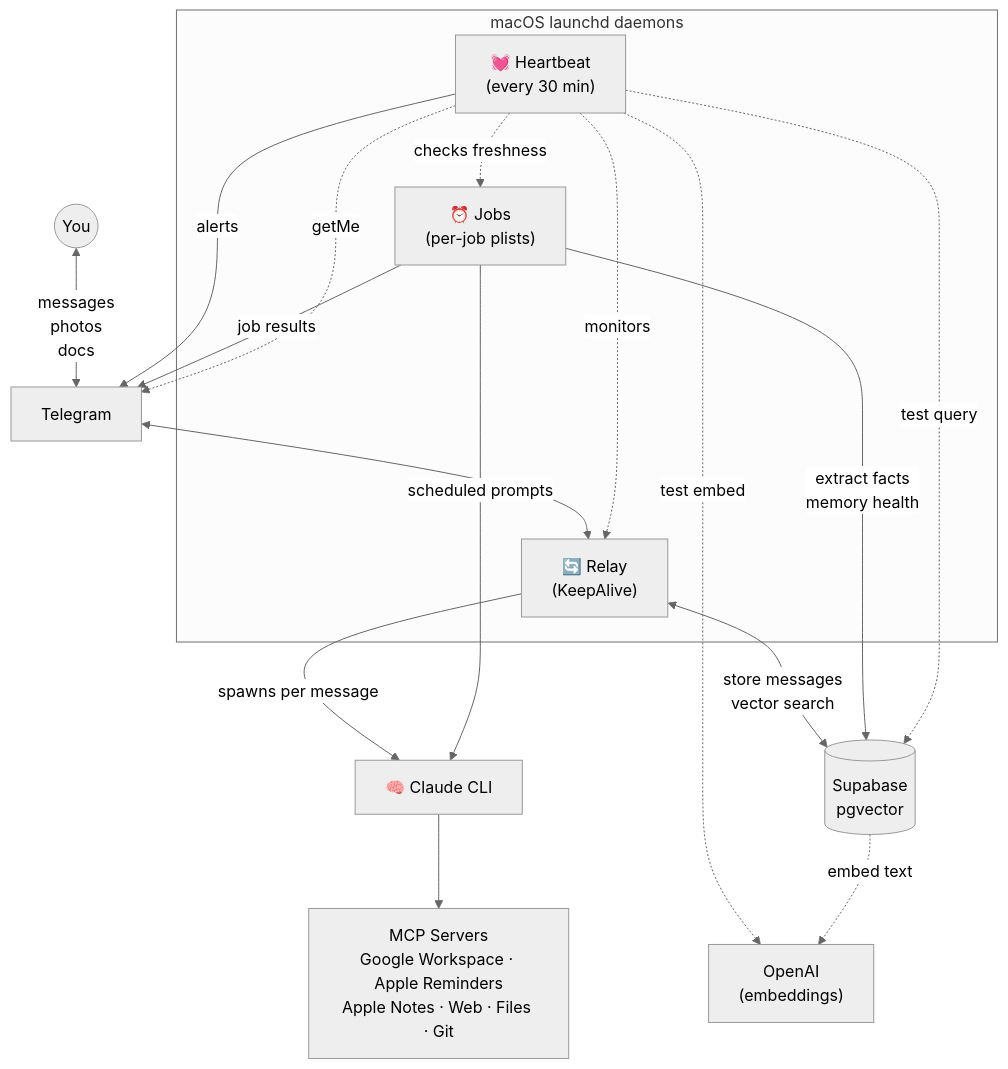
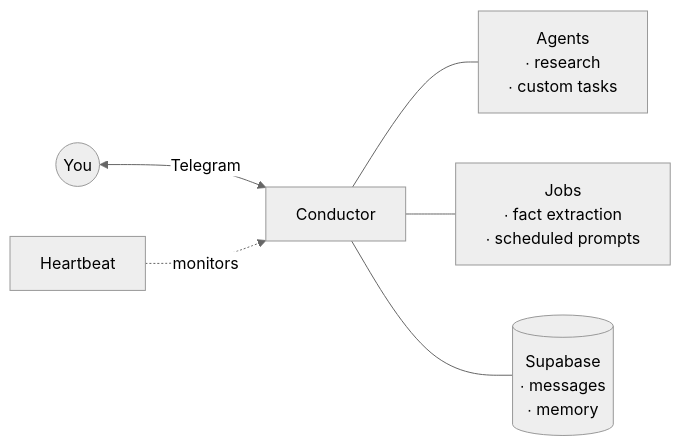
The diagram in README.md (daydemir/muavin), drawn with Mermaid (neutral theme) before and after one commit. The commit also changed other lines of this file, not shown here.

Commit message:
Simplify README architecture diagram and clean up copy
Replace detailed mermaid flowchart with a clean LR hierarchy using
anthropomorphized naming (Conductor, Heartbeat). Rewrite feature
bullets and description for clarity. Replace all em-dashes with hyphens.

````diff
--- a/README.md
+++ b/README.md
@@ -29,30 +29,10 @@
 ```mermaid
-flowchart TD
-    You((You)) <-->|messages\nphotos\ndocs| TG[Telegram]
+flowchart LR
+    You((You)) <-->|Telegram| Conductor["Conductor"]
 
-    subgraph Daemons["macOS launchd daemons"]
-        Relay["🔄 Relay\n(KeepAlive)"]
-        Jobs["⏰ Jobs\n(per-job plists)"]
-        Heartbeat["💓 Heartbeat\n(every 30 min)"]
-    end
+    Conductor --- Agents["Agents\n∙ research\n∙ custom tasks"]
+    Conductor --- Jobs["Jobs\n∙ fact extraction\n∙ scheduled prompts"]
+    Conductor --- Supabase[("Supabase\n∙ messages\n∙ memory")]
 
-    TG <--> Relay
-    Heartbeat -->|alerts| TG
-    Jobs -->|job results| TG
-
-    Relay -->|spawns per message| Claude["🧠 Claude CLI"]
-    Relay <-->|store messages\nvector search| Supa[("Supabase\npgvector")]
-
-    Jobs -->|extract facts\nmemory health| Supa
-    Jobs -->|scheduled prompts| Claude
-
-    Claude --> MCP["MCP Servers\nGoogle Workspace · Apple Reminders\nApple Notes · Web · Files · Git"]
-
-    Heartbeat -.->|monitors| Relay
-    Heartbeat -.->|checks freshness| Jobs
-    Heartbeat -.->|test query| Supa
-    Heartbeat -.->|test embed| OAI["OpenAI\n(embeddings)"]
-    Heartbeat -.->|getMe| TG
-
-    Supa -.->|embed text| OAI
+    Heartbeat["Heartbeat"] -.->|monitors| Conductor
 ```
````
